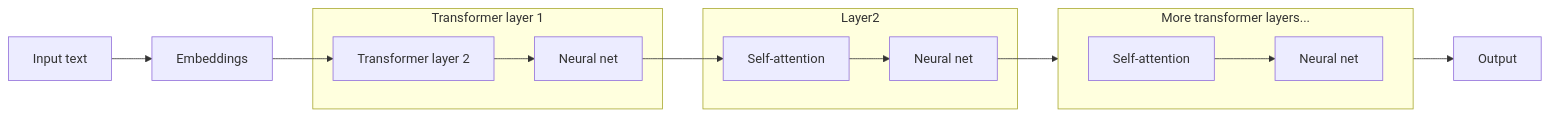
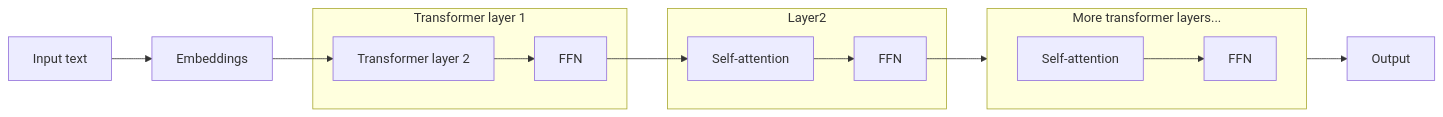
Before and after one commit to yshavit/llm-notes: the diagram in book/03-The-LLM/07-beyond-toy.md, drawn with Mermaid. The commit also changed 8 other files, not shown here.

Commit message:
"neural net" -> FFN

````diff
--- a/book/03-The-LLM/07-beyond-toy.md
+++ b/book/03-The-LLM/07-beyond-toy.md
@@ -8,18 +8,18 @@
   ```mermaid
   flowchart LR
     Text[Input text] --> Embeddings
     subgraph Layer1[Transformer layer 1]
-      S1[Self-attention] --> N1[Neural net]
+      S1[Self-attention] --> N1[FFN]
     end
     Embeddings --> S1[Transformer layer 2]
     subgraph Layer2
-      S2[Self-attention] --> N2[Neural net]
+      S2[Self-attention] --> N2[FFN]
     end
     N1 --> S2
     subgraph LayerN[More transformer layers...]
       direction LR
-      SN[Self-attention] --> NN[Neural net]
+      SN[Self-attention] --> NN[FFN]
     end
     N2 --> LayerN
     LayerN --> Output
   ```
````
